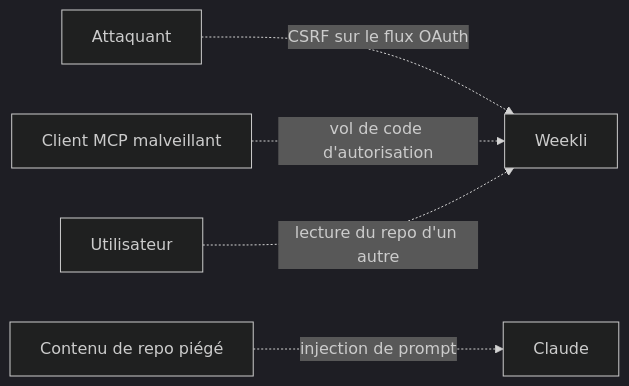
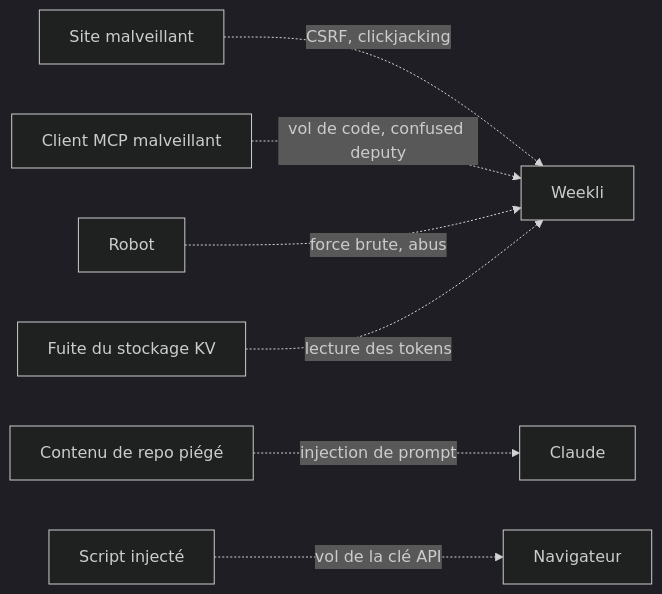
One commit to Souf-F/weekli changed the diagram in docs/securite.md. Above: the diagram before and after it, drawn with Mermaid (dark theme). The commit also changed other lines of this file and 25 other files, not shown here.

````diff
--- a/docs/securite.md
+++ b/docs/securite.md
@@ -12,7 +13,9 @@
 ```mermaid
 flowchart LR
-    A1[Attaquant] -. CSRF sur le flux OAuth .-> P[Weekli]
-    A2[Client MCP malveillant] -. vol de code d'autorisation .-> P
+    A1[Site malveillant] -. CSRF, clickjacking .-> P[Weekli]
+    A2[Client MCP malveillant] -. vol de code, confused deputy .-> P
     A3[Contenu de repo piégé] -. injection de prompt .-> C[Claude]
-    A4[Utilisateur] -. lecture du repo d'un autre .-> P
+    A4[Script injecté] -. vol de la clé API .-> N[Navigateur]
+    A5[Robot] -. force brute, abus .-> P
+    A6[Fuite du stockage KV] -. lecture des tokens .-> P
 ```
````
